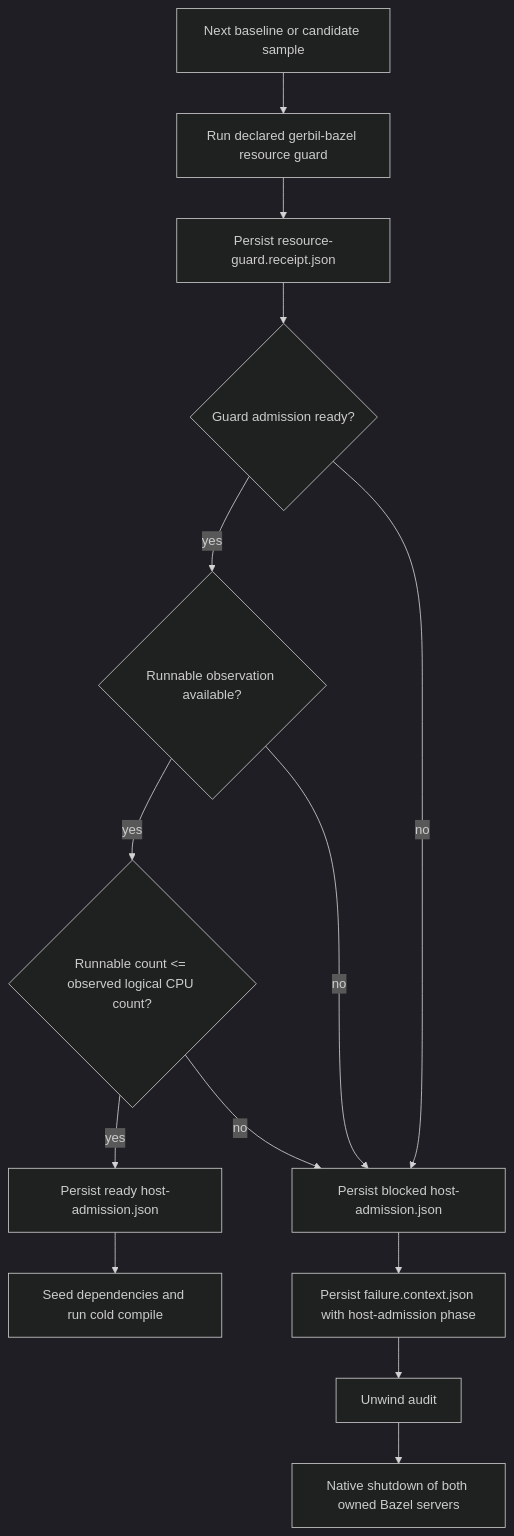
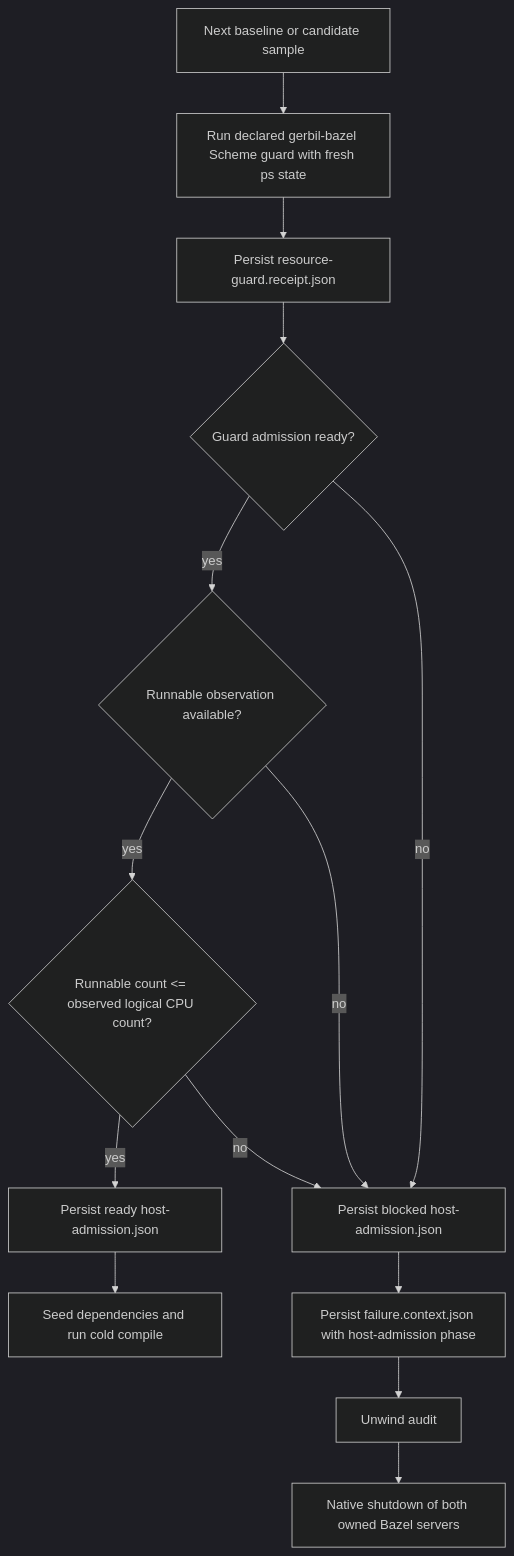
Before and after one commit to tao3k/poo-flow: the ninth of 9 diagrams in docs/10-19-design/10.06-poo-module-system/156-gerbil-bazel-pr29-downstream-performance-receipt.org, drawn with Mermaid (dark theme). The commit also changed other lines of this file and 2 other files, not shown here.

Commit message:
fix(build): qualify fresh host pressure observation

```diff
--- a/docs/10-19-design/10.06-poo-module-system/156-gerbil-bazel-pr29-downstream-performance-receipt.org
+++ b/docs/10-19-design/10.06-poo-module-system/156-gerbil-bazel-pr29-downstream-performance-receipt.org
@@ -692,29 +692,29 @@
 #+begin_src mermaid
 flowchart TD
   Sample["Next baseline or candidate sample"]
-  Guard["Run declared gerbil-bazel resource guard"]
+  Guard["Run declared gerbil-bazel Scheme guard with fresh ps state"]
   NativeReceipt["Persist resource-guard.receipt.json"]
   Ready{"Guard admission ready?"}
   Available{"Runnable observation available?"}
   Capacity{"Runnable count <= observed logical CPU count?"}
   Admission["Persist ready host-admission.json"]
   Cold["Seed dependencies and run cold compile"]
   Blocked["Persist blocked host-admission.json"]
   Context["Persist failure.context.json with host-admission phase"]
   Unwind["Unwind audit"]
   Shutdown["Native shutdown of both owned Bazel servers"]
 
   Sample --> Guard
   Guard --> NativeReceipt
   NativeReceipt --> Ready
   Ready -- "yes" --> Available
   Ready -- "no" --> Blocked
   Available -- "yes" --> Capacity
   Available -- "no" --> Blocked
   Capacity -- "yes" --> Admission
   Capacity -- "no" --> Blocked
   Admission --> Cold
   Blocked --> Context
   Context --> Unwind
   Unwind --> Shutdown
 #+end_src
```
